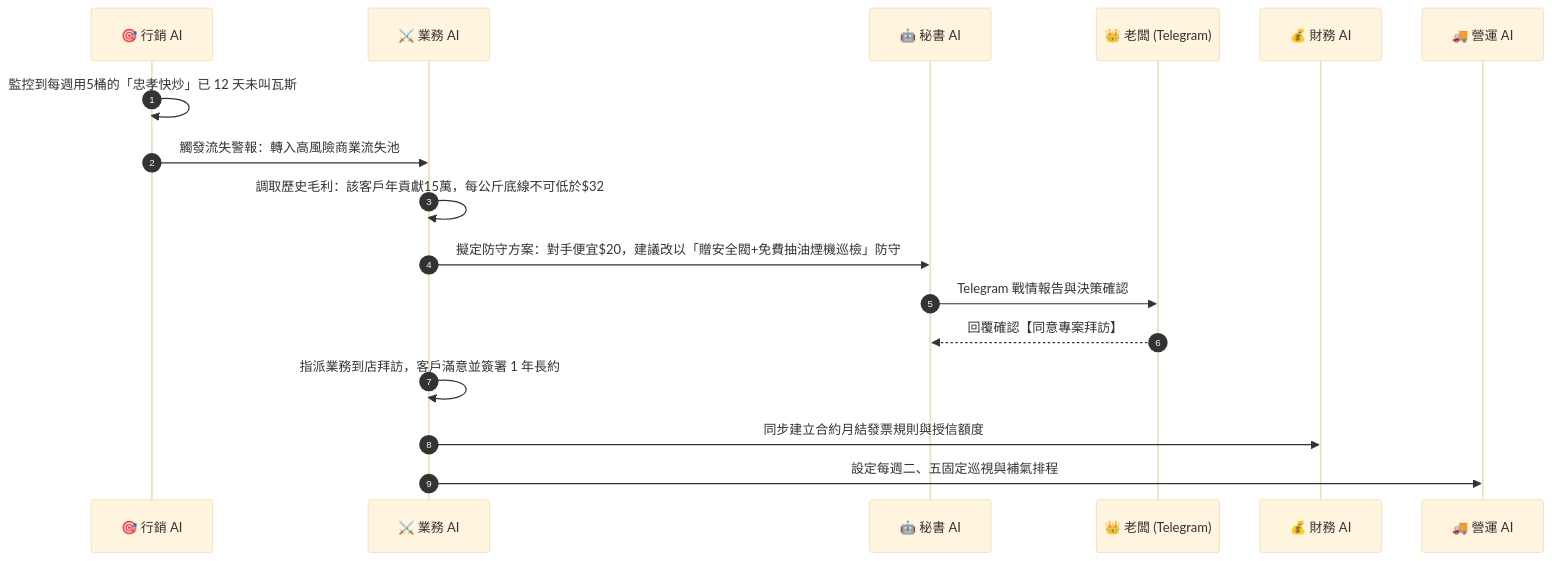
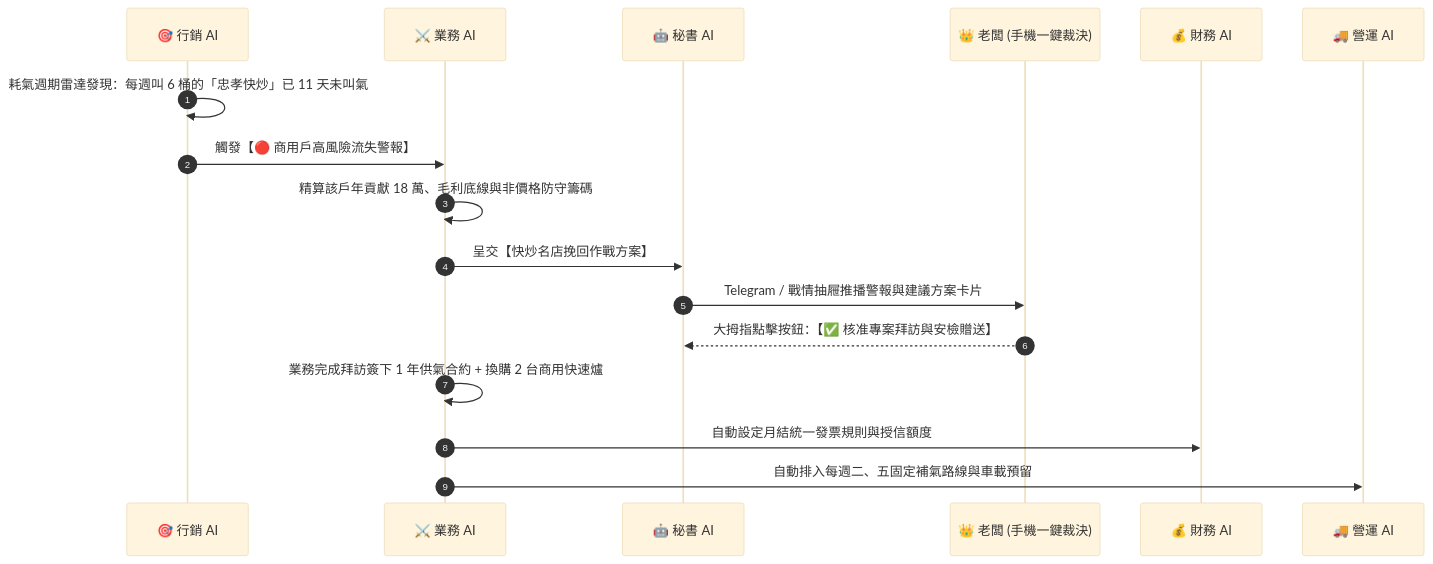
One commit to qazwsx32100/gass changed the third of 4 diagrams in docs/SHENGLONG_ARCHITECTURE_REFORM_PROPOSAL.md. Above: the diagram before and after it, drawn with Mermaid (base theme). The commit also changed other lines of this file and 4 other files, not shown here.

````diff
--- a/docs/SHENGLONG_ARCHITECTURE_REFORM_PROPOSAL.md
+++ b/docs/SHENGLONG_ARCHITECTURE_REFORM_PROPOSAL.md
@@ -340,20 +214,20 @@
 ```mermaid
 sequenceDiagram
   autonumber
   participant MKT as 🎯 行銷 AI
   participant SALES as ⚔️ 業務 AI
   participant SEC as 🤖 秘書 AI
-  participant BOSS as 👑 老闆 (Telegram)
+  participant BOSS as 👑 老闆 (手機一鍵裁決)
   participant FIN as 💰 財務 AI
   participant OPS as 🚚 營運 AI
 
-  MKT->>MKT: 監控到每週用5桶的「忠孝快炒」已 12 天未叫瓦斯
-  MKT->>SALES: 觸發流失警報：轉入高風險商業流失池
-  SALES->>SALES: 調取歷史毛利：該客戶年貢獻15萬，每公斤底線不可低於$32
-  SALES->>SEC: 擬定防守方案：對手便宜$20，建議改以「贈安全閥+免費抽油煙機巡檢」防守
-  SEC->>BOSS: Telegram 戰情報告與決策確認
-  BOSS-->>SEC: 回覆確認【同意專案拜訪】
-  SALES->>SALES: 指派業務到店拜訪，客戶滿意並簽署 1 年長約
-  SALES->>FIN: 同步建立合約月結發票規則與授信額度
-  SALES->>OPS: 設定每週二、五固定巡視與補氣排程
+  MKT->>MKT: 耗氣週期雷達發現：每週叫 6 桶的「忠孝快炒」已 11 天未叫氣
+  MKT->>SALES: 觸發【🔴 商用戶高風險流失警報】
+  SALES->>SALES: 精算該戶年貢獻 18 萬、毛利底線與非價格防守籌碼
+  SALES->>SEC: 呈交【快炒名店挽回作戰方案】
+  SEC->>BOSS: Telegram / 戰情抽屜推播警報與建議方案卡片
+  BOSS-->>SEC: 大拇指點擊按鈕：【✅ 核准專案拜訪與安檢贈送】
+  SALES->>SALES: 業務完成拜訪簽下 1 年供氣合約 + 換購 2 台商用快速爐
+  SALES->>FIN: 自動設定月結統一發票規則與授信額度
+  SALES->>OPS: 自動排入每週二、五固定補氣路線與車載預留
 ```
````
